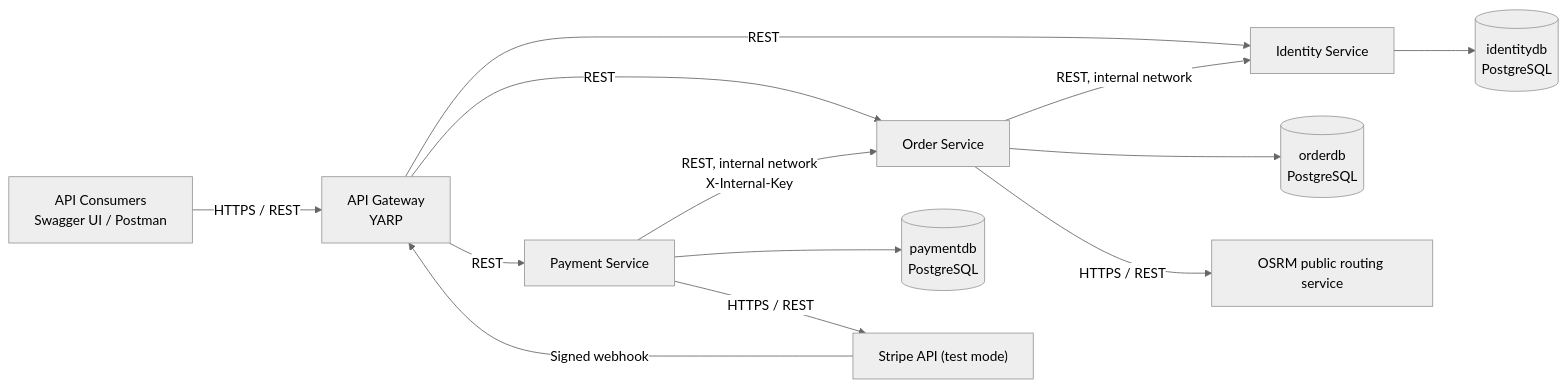
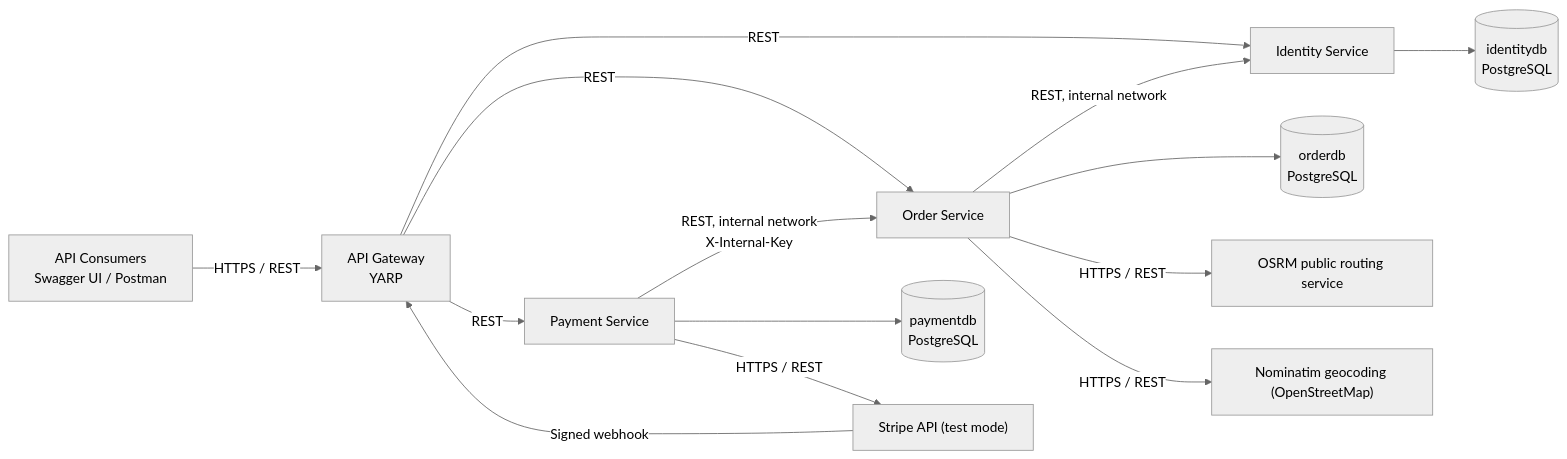
Before and after one commit to RenatoB04/Lesto: the diagram in docs/architecture.md, drawn with Mermaid (neutral theme). The commit also changed other lines of this file and 25 other files, not shown here.

Commit message:
Add free-text addresses with Nominatim geocoding

````diff
--- a/docs/architecture.md
+++ b/docs/architecture.md
@@ -10,15 +10,16 @@
 ```mermaid
 flowchart LR
     Consumer["API Consumers\nSwagger UI / Postman"] -->|HTTPS / REST| Gateway["API Gateway\nYARP"]
     Gateway -->|REST| Identity["Identity Service"]
     Gateway -->|REST| Order["Order Service"]
     Order -->|REST, internal network| Identity
     Identity --> IdentityDb[("identitydb\nPostgreSQL")]
     Order --> OrderDb[("orderdb\nPostgreSQL")]
     Order -->|HTTPS / REST| Osrm["OSRM public routing service"]
+    Order -->|HTTPS / REST| Nominatim["Nominatim geocoding (OpenStreetMap)"]
     Gateway -->|REST| Payment["Payment Service"]
     Payment -->|REST, internal network\nX-Internal-Key| Order
     Payment --> PaymentDb[("paymentdb\nPostgreSQL")]
     Payment -->|HTTPS / REST| Stripe["Stripe API (test mode)"]
     Stripe -->|Signed webhook| Gateway
 ```
````
